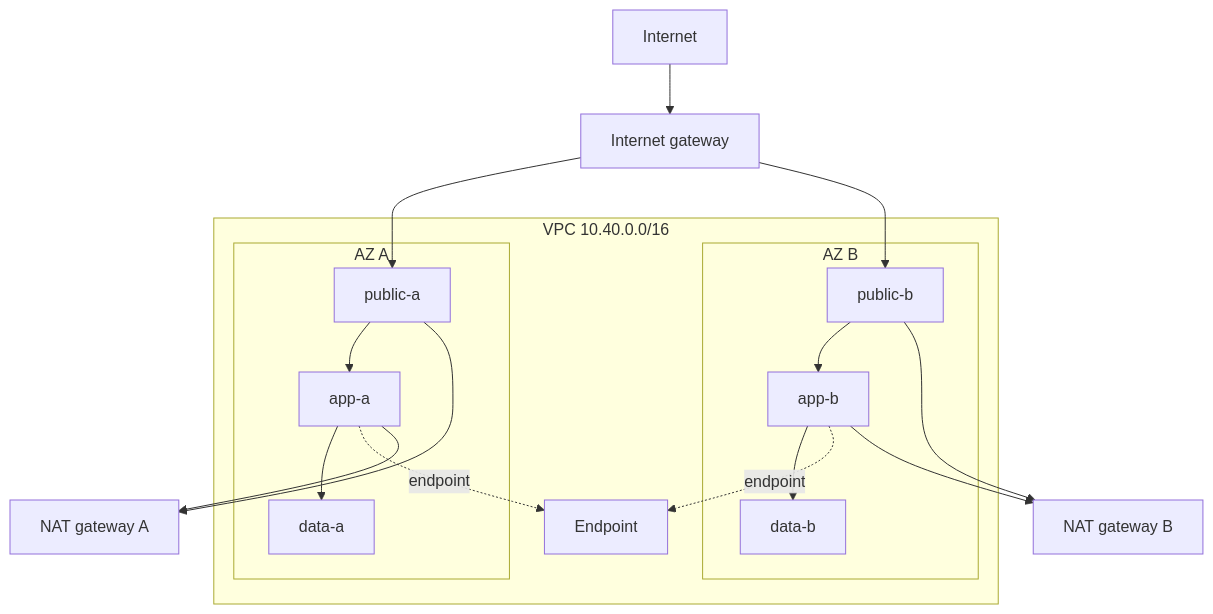
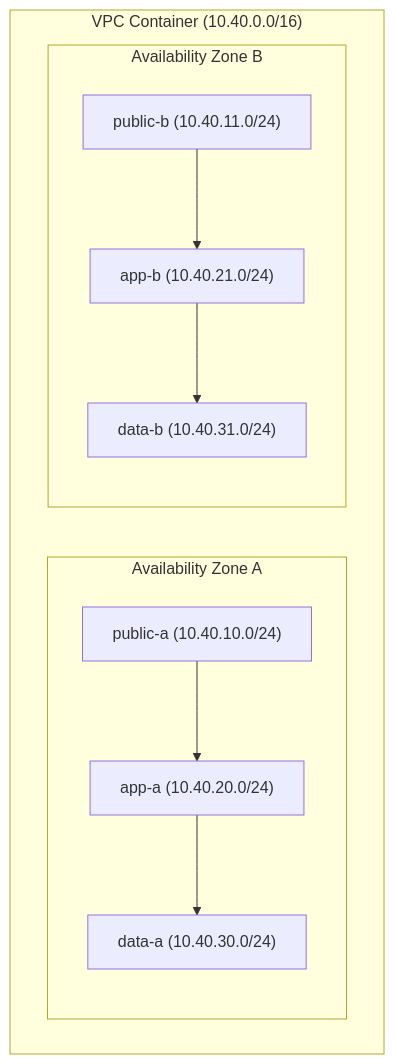
One commit to senlinyy/dev-roadmaps changed the second of 3 diagrams in cloud-providers/aws/networking-connectivity/01-logical-isolation-network-topology.md. Above: the diagram before and after it, drawn with Mermaid. The commit also changed other lines of this file and 58 other files, not shown here.

````diff
--- a/cloud-providers/aws/networking-connectivity/01-logical-isolation-network-topology.md
+++ b/cloud-providers/aws/networking-connectivity/01-logical-isolation-network-topology.md
@@ -116,26 +97,17 @@
 ```mermaid
-flowchart TB
-    subgraph VPC["VPC 10.40.0.0/16"]
-        subgraph AZA["AZ A"]
-            PubA["public-a"]
-            AppA["app-a"]
-            DataA["data-a"]
+flowchart TD
+    subgraph VPCContainer["VPC Container (10.40.0.0/16)"]
+        subgraph ZoneA["Availability Zone A"]
+            PubA["public-a (10.40.10.0/24)"]
+            AppA["app-a (10.40.20.0/24)"]
+            DataA["data-a (10.40.30.0/24)"]
         end
-        subgraph AZB["AZ B"]
-            PubB["public-b"]
-            AppB["app-b"]
-            DataB["data-b"]
+        subgraph ZoneB["Availability Zone B"]
+            PubB["public-b (10.40.11.0/24)"]
+            AppB["app-b (10.40.21.0/24)"]
+            DataB["data-b (10.40.31.0/24)"]
         end
-        PubA --> AppA --> DataA
-        PubB --> AppB --> DataB
-        AppA -. endpoint .-> Endpoint["Endpoint"]
-        AppB -. endpoint .-> Endpoint
     end
-    Internet["Internet"] --> IGW["Internet gateway"]
-    IGW --> PubA
-    IGW --> PubB
-    PubA --> NatA["NAT gateway A"]
-    PubB --> NatB["NAT gateway B"]
-    AppA --> NatA
-    AppB --> NatB
+    PubA --> AppA --> DataA
+    PubB --> AppB --> DataB
 ```
````
